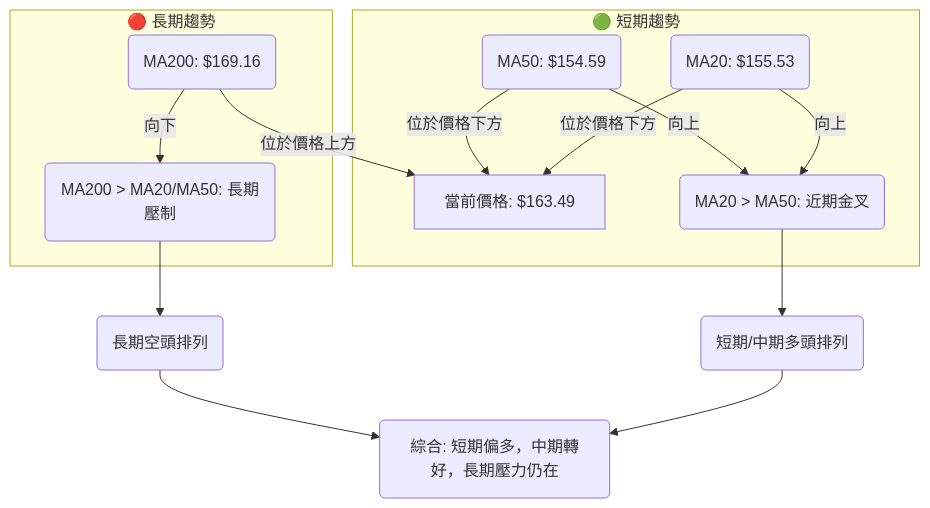
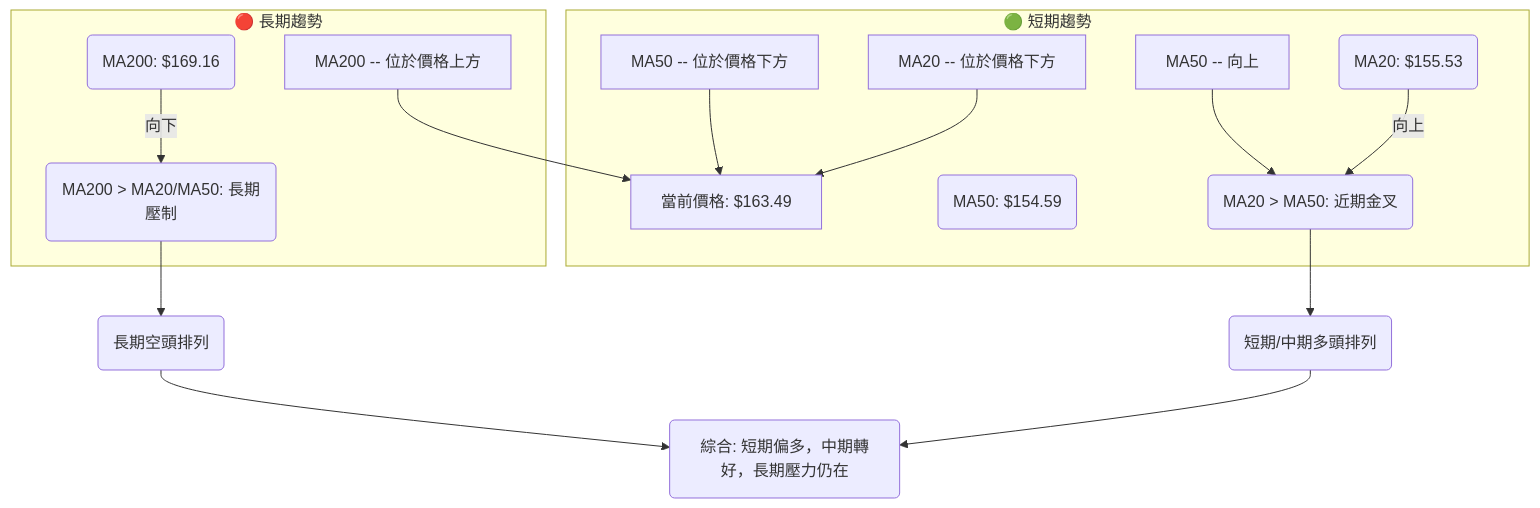
One commit to yennanliu/finance_data changed the eighth of 10 diagrams in ai_gen_report/stock/vst/technical_analysis_2026-06-27_gemini.md. Above: the diagram before and after it, drawn with Mermaid. The commit also changed other lines of this file and 2258 other files, not shown here.

First line of the commit message:
chore: backfill Mermaid syntax repair across existing reports

````diff
--- a/ai_gen_report/stock/vst/technical_analysis_2026-06-27_gemini.md
+++ b/ai_gen_report/stock/vst/technical_analysis_2026-06-27_gemini.md
@@ -443,25 +443,25 @@
 ```mermaid
 graph TD
-    CurrentPrice[當前價格: $163.49]
+    CurrentPrice["當前價格: $163.49"]
 
     subgraph 短期趨勢 ["🟢 短期趨勢"]
-        MA20(MA20: $155.53)
-        MA50(MA50: $154.59)
-        MA20 -- 位於價格下方 --> CurrentPrice
-        MA50 -- 位於價格下方 --> CurrentPrice
-        MA20 -- 向上 --> GoldenCross1(MA20 > MA50: 近期金叉)
-        MA50 -- 向上 --> GoldenCross1
+        MA20("MA20: $155.53")
+        MA50("MA50: $154.59")
+        nb1["MA20 -- 位於價格下方"] --> CurrentPrice
+        nb2["MA50 -- 位於價格下方"] --> CurrentPrice
+        MA20 -- 向上 --> GoldenCross1("MA20 > MA50: 近期金叉")
+        nb3["MA50 -- 向上"] --> GoldenCross1
     end
 
     subgraph 長期趨勢 ["🔴 長期趨勢"]
-        MA200(MA200: $169.16)
-        MA200 -- 位於價格上方 --> CurrentPrice
-        MA200 -- 向下 --> DeathCross1(MA200 > MA20/MA50: 長期壓制)
+        MA200("MA200: $169.16")
+        nb4["MA200 -- 位於價格上方"] --> CurrentPrice
+        MA200 -- 向下 --> DeathCross1("MA200 > MA20/MA50: 長期壓制")
     end
 
-    GoldenCross1 --> BullishSignal(短期/中期多頭排列)
-    DeathCross1 --> BearishSignal(長期空頭排列)
+    GoldenCross1 --> BullishSignal("短期/中期多頭排列")
+    DeathCross1 --> BearishSignal("長期空頭排列")
 
-    BullishSignal --> OverallMixed(綜合: 短期偏多，中期轉好，長期壓力仍在)
+    BullishSignal --> OverallMixed("綜合: 短期偏多，中期轉好，長期壓力仍在")
     BearishSignal --> OverallMixed
 ```
````
